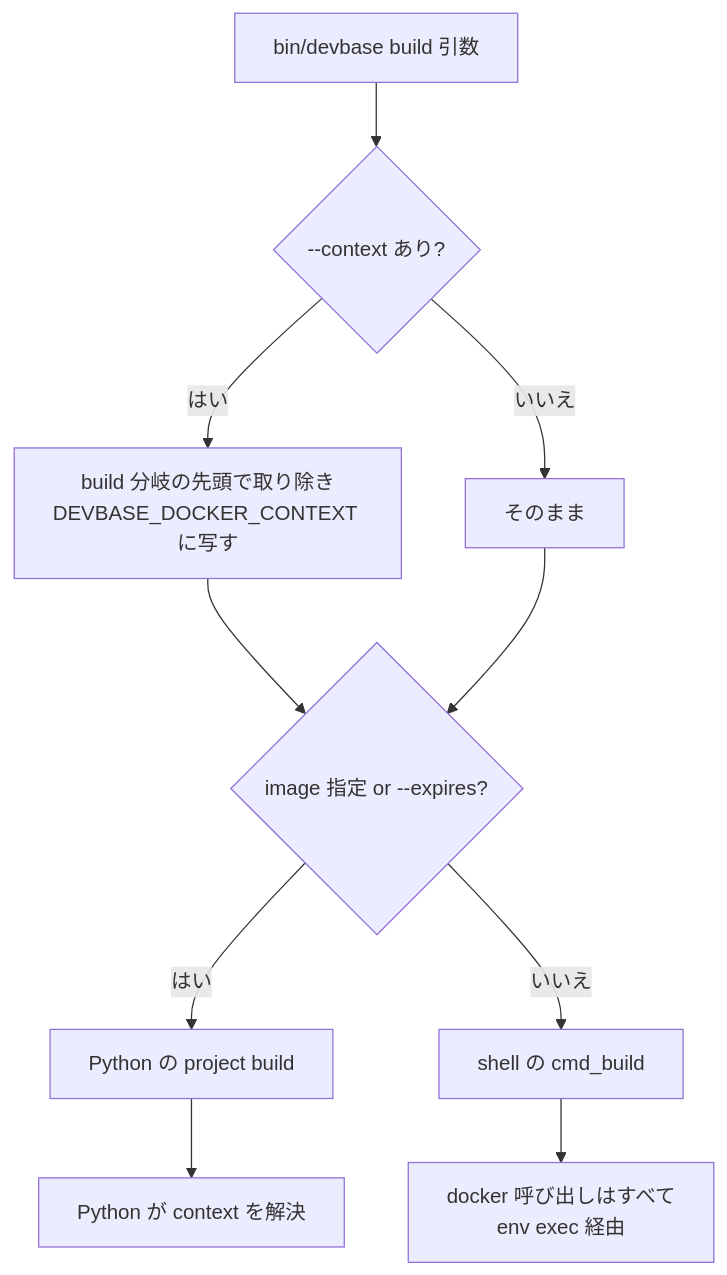
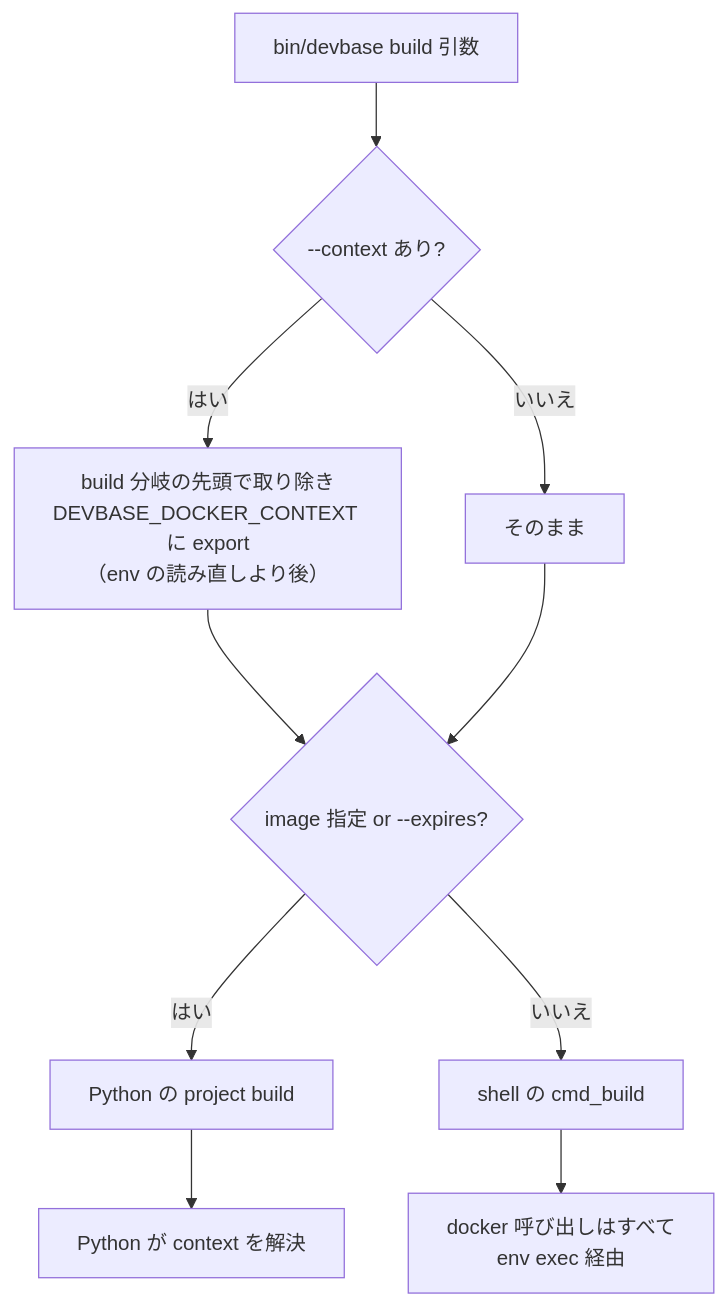
One commit to devbasex/devbase changed the seventh of 7 diagrams in issues/PLAN52_remote-docker-context-design.md. Above: the diagram before and after it, drawn with Mermaid. The commit also changed other lines of this file and 2 other files, not shown here.

First line of the commit message:
docs(PLAN52): レビュー指摘を反映 (context 判定の順序・自動ビルドへの --context 明示・機密の記述)

````diff
--- a/issues/PLAN52_remote-docker-context-design.md
+++ b/issues/PLAN52_remote-docker-context-design.md
@@ -350,12 +354,12 @@
 ```mermaid
 graph TD
     A[bin/devbase build 引数] --> B{--context あり?}
-    B -->|はい| C[build 分岐の先頭で取り除き<br/>DEVBASE_DOCKER_CONTEXT に写す]
+    B -->|はい| C[build 分岐の先頭で取り除き<br/>DEVBASE_DOCKER_CONTEXT に export<br/>（env の読み直しより後）]
     B -->|いいえ| D[そのまま]
     C --> G{image 指定 or --expires?}
     D --> G
     G -->|はい| H[Python の project build]
     G -->|いいえ| E[shell の cmd_build]
     E --> F[docker 呼び出しはすべて<br/>env exec 経由]
     H --> F2[Python が context を解決]
 ```
````
